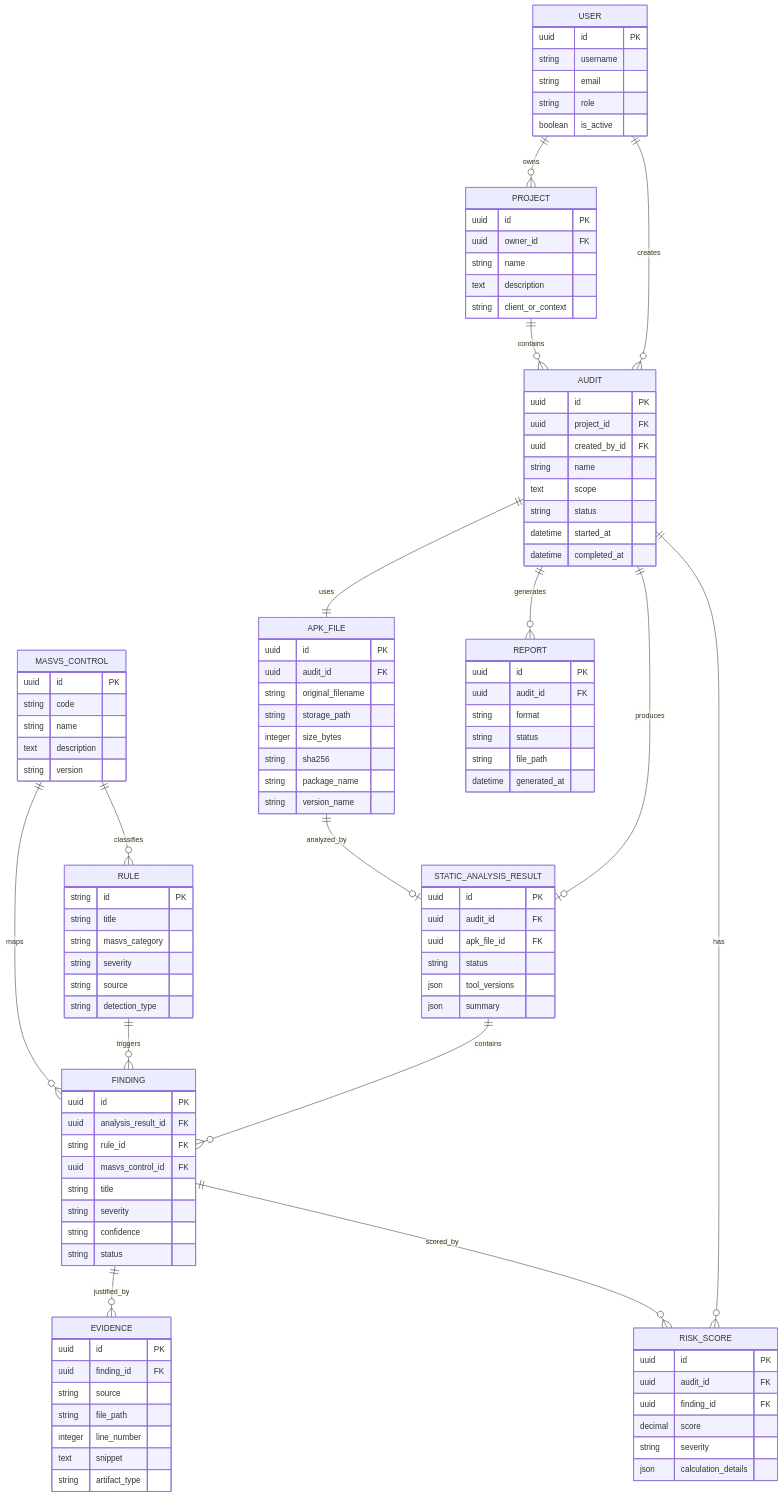
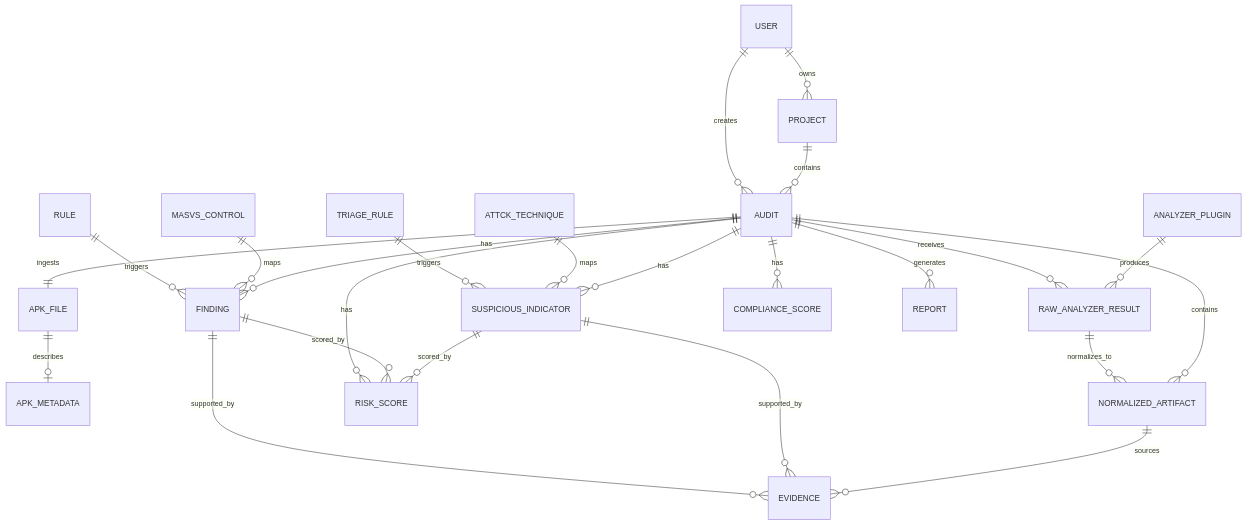
The diagram in docs/04_Design/07_Data_Model.md (nine11-tech/MSAP), drawn with Mermaid before and after one commit. The commit also changed other lines of this file and 29 other files, not shown here.

Commit message:
Pivot MSAP to hybrid MASVS and ATT&CK Mobile triage

````diff
--- a/docs/04_Design/07_Data_Model.md
+++ b/docs/04_Design/07_Data_Model.md
@@ -247,118 +157,24 @@
     USER ||--o{ PROJECT : owns
     USER ||--o{ AUDIT : creates
     PROJECT ||--o{ AUDIT : contains
-    AUDIT ||--|| APK_FILE : uses
-    AUDIT ||--o| STATIC_ANALYSIS_RESULT : produces
-    APK_FILE ||--o| STATIC_ANALYSIS_RESULT : analyzed_by
-    STATIC_ANALYSIS_RESULT ||--o{ FINDING : contains
+    AUDIT ||--|| APK_FILE : ingests
+    APK_FILE ||--o| APK_METADATA : describes
+    AUDIT ||--o{ RAW_ANALYZER_RESULT : receives
+    ANALYZER_PLUGIN ||--o{ RAW_ANALYZER_RESULT : produces
+    RAW_ANALYZER_RESULT ||--o{ NORMALIZED_ARTIFACT : normalizes_to
+    AUDIT ||--o{ NORMALIZED_ARTIFACT : contains
     RULE ||--o{ FINDING : triggers
-    MASVS_CONTROL ||--o{ RULE : classifies
     MASVS_CONTROL ||--o{ FINDING : maps
-    FINDING ||--o{ EVIDENCE : justified_by
+    TRIAGE_RULE ||--o{ SUSPICIOUS_INDICATOR : triggers
+    ATTCK_TECHNIQUE ||--o{ SUSPICIOUS_INDICATOR : maps
+    AUDIT ||--o{ FINDING : has
+    AUDIT ||--o{ SUSPICIOUS_INDICATOR : has
+    FINDING ||--o{ EVIDENCE : supported_by
+    SUSPICIOUS_INDICATOR ||--o{ EVIDENCE : supported_by
+    NORMALIZED_ARTIFACT ||--o{ EVIDENCE : sources
     AUDIT ||--o{ RISK_SCORE : has
     FINDING ||--o{ RISK_SCORE : scored_by
+    SUSPICIOUS_INDICATOR ||--o{ RISK_SCORE : scored_by
+    AUDIT ||--o{ COMPLIANCE_SCORE : has
     AUDIT ||--o{ REPORT : generates
-
-    USER {
-        uuid id PK
-        string username
-        string email
-        string role
-        boolean is_active
-    }
-
-    PROJECT {
-        uuid id PK
-        uuid owner_id FK
-        string name
-        text description
-        string client_or_context
-    }
-
-    AUDIT {
-        uuid id PK
-        uuid project_id FK
-        uuid created_by_id FK
-        string name
-        text scope
-        string status
-        datetime started_at
-        datetime completed_at
-    }
-
-    APK_FILE {
-        uuid id PK
-        uuid audit_id FK
-        string original_filename
-        string storage_path
-        integer size_bytes
-        string sha256
-        string package_name
-        string version_name
-    }
-
-    STATIC_ANALYSIS_RESULT {
-        uuid id PK
-        uuid audit_id FK
-        uuid apk_file_id FK
-        string status
-        json tool_versions
-        json summary
-    }
-
-    FINDING {
-        uuid id PK
-        uuid analysis_result_id FK
-        string rule_id FK
-        uuid masvs_control_id FK
-        string title
-        string severity
-        string confidence
-        string status
-    }
-
-    EVIDENCE {
-        uuid id PK
-        uuid finding_id FK
-        string source
-        string file_path
-        integer line_number
-        text snippet
-        string artifact_type
-    }
-
-    MASVS_CONTROL {
-        uuid id PK
-        string code
-        string name
-        text description
-        string version
-    }
-
-    RULE {
-        string id PK
-        string title
-        string masvs_category
-        string severity
-        string source
-        string detection_type
-    }
-
-    RISK_SCORE {
-        uuid id PK
-        uuid audit_id FK
-        uuid finding_id FK
-        decimal score
-        string severity
-        json calculation_details
-    }
-
-    REPORT {
-        uuid id PK
-        uuid audit_id FK
-        string format
-        string status
-        string file_path
-        datetime generated_at
-    }
 ```
````
